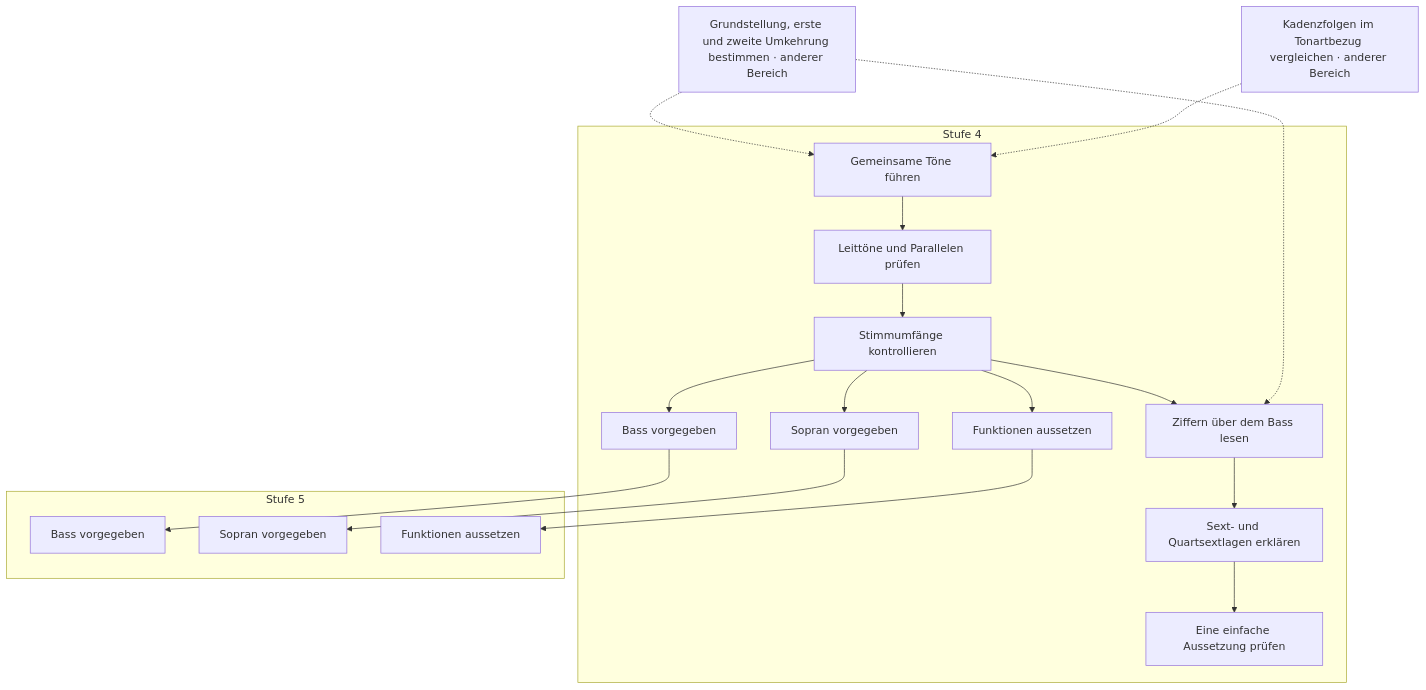
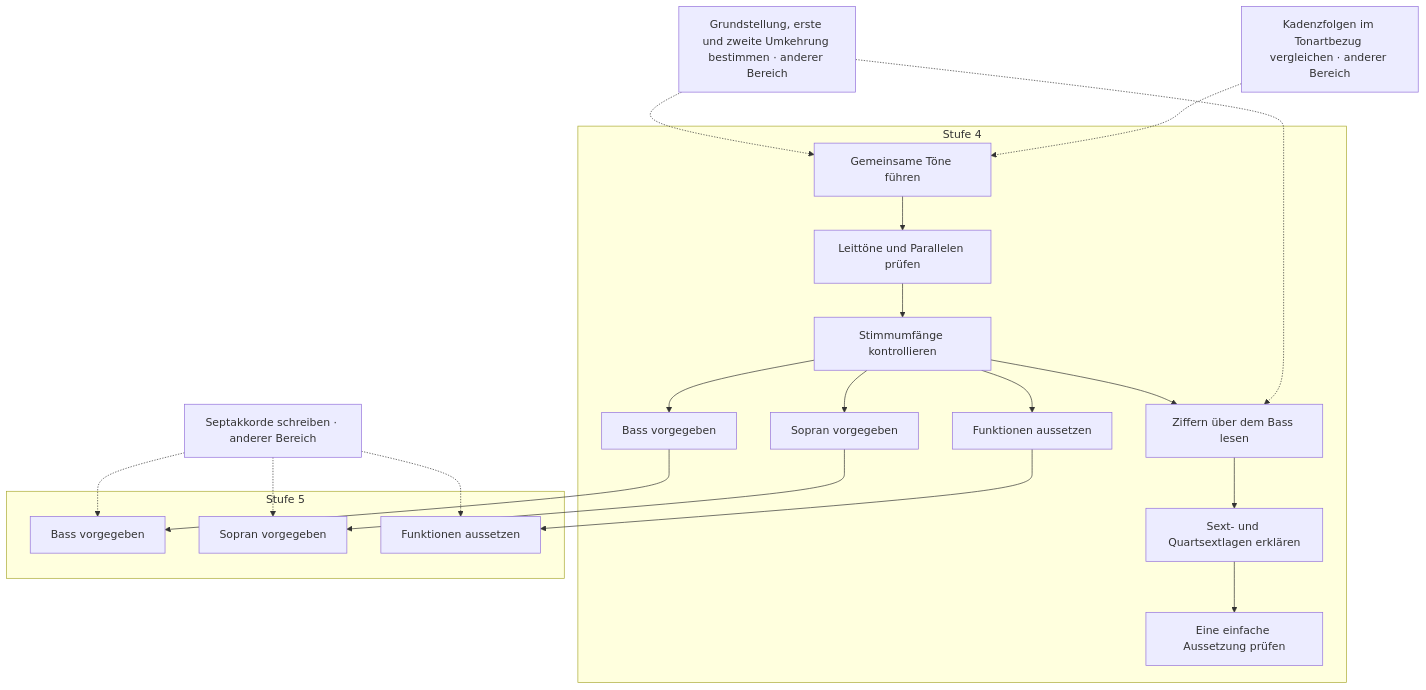
Diagram 14 of 16 in docs/plan/faehigkeitsgraph-diagramme.md (PhiFa96/harmonia), drawn with Mermaid before and after one commit. The commit also changed other lines of this file and 7 other files, not shown here.

````diff
--- a/docs/plan/faehigkeitsgraph-diagramme.md
+++ b/docs/plan/faehigkeitsgraph-diagramme.md
@@ -983,35 +984,39 @@
 ```mermaid
 flowchart TD
   subgraph level4["Stufe 4"]
     s138["Gemeinsame Töne führen"]
     s139["Leittöne und Parallelen prüfen"]
     s140["Stimmumfänge kontrollieren"]
     s141["Ziffern über dem Bass lesen"]
     s142["Sext- und Quartsextlagen erklären"]
     s143["Eine einfache Aussetzung prüfen"]
     s165["Bass vorgegeben"]
     s166["Sopran vorgegeben"]
     s167["Funktionen aussetzen"]
   end
   subgraph level5["Stufe 5"]
     s168["Bass vorgegeben"]
     s169["Sopran vorgegeben"]
     s170["Funktionen aussetzen"]
   end
   s73["Grundstellung, erste und zweite Umkehrung bestimmen · anderer Bereich"]
   s101["Kadenzfolgen im Tonartbezug vergleichen · anderer Bereich"]
+  s94["Septakkorde schreiben · anderer Bereich"]
   s73 -.-> s138
   s101 -.-> s138
   s138 --> s139
   s139 --> s140
   s140 --> s141
   s73 -.-> s141
   s141 --> s142
   s142 --> s143
   s140 --> s165
   s140 --> s166
   s140 --> s167
   s165 --> s168
+  s94 -.-> s168
   s166 --> s169
+  s94 -.-> s169
   s167 --> s170
+  s94 -.-> s170
 ```
````
